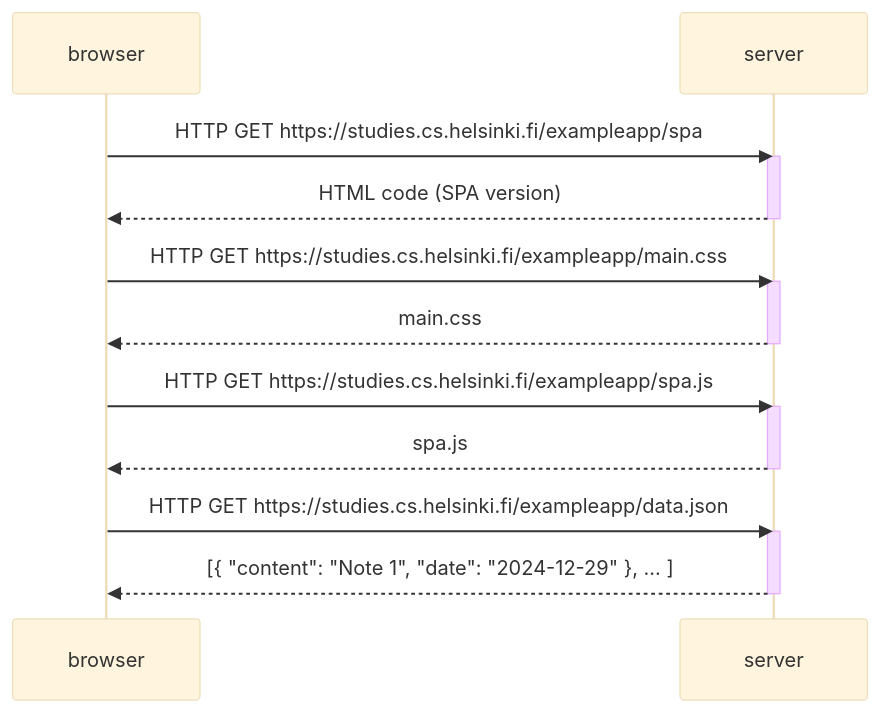
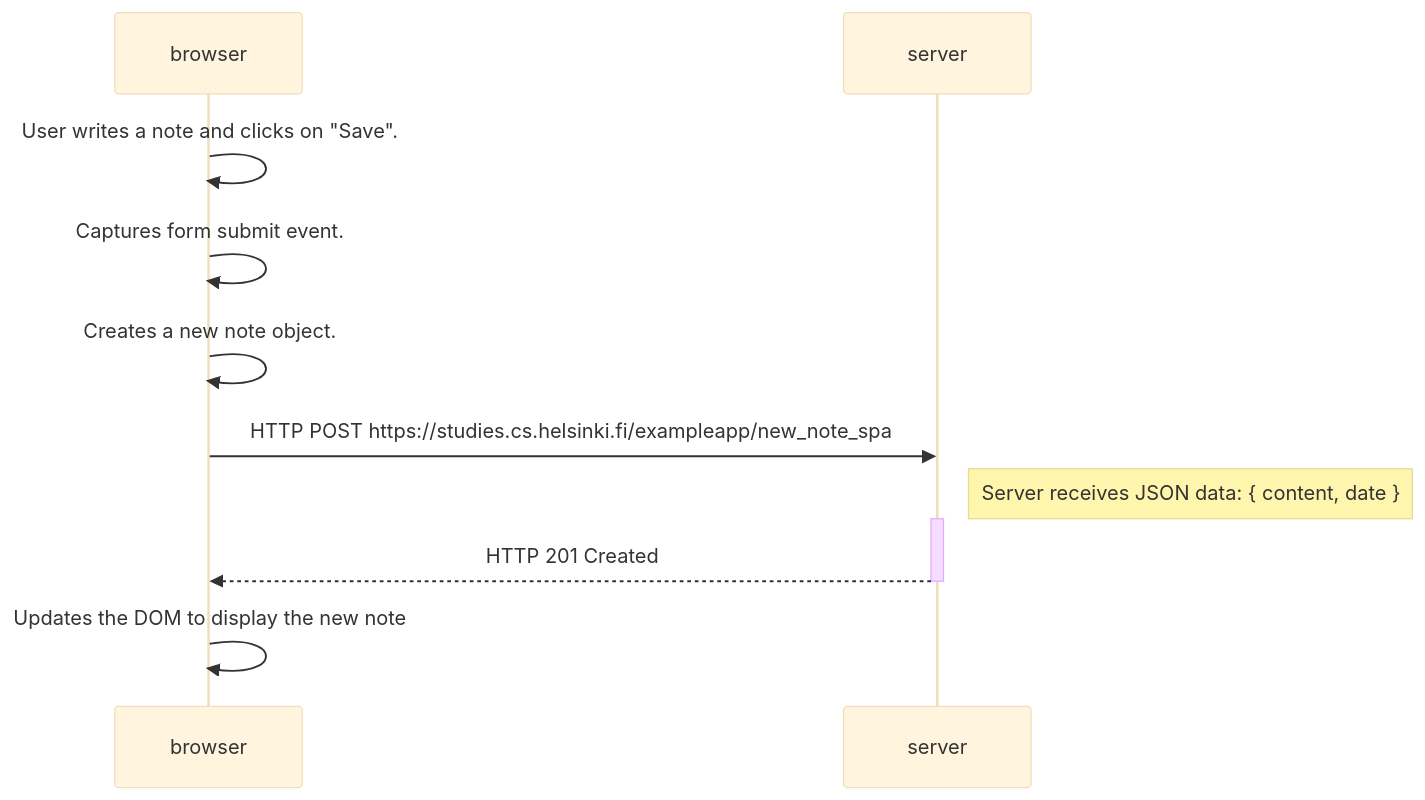
The diagram in part-0/exercise-06.md (Angel-Diaz-H/Full-stack-open), drawn with Mermaid (base theme) before and after one commit. The commit also changed 2 other files, not shown here.

Commit message:
Exercises part 0 complete

````diff
--- a/part-0/exercise-06.md
+++ b/part-0/exercise-06.md
@@ -1,25 +1,19 @@
 ```mermaid
 sequenceDiagram
     participant browser
     participant server
 
-    browser->>server: HTTP GET https://studies.cs.helsinki.fi/exampleapp/spa
+    browser->>browser: User writes a note and clicks on "Save".
+
+    browser->>browser: Captures form submit event.
+
+    browser->>browser: Creates a new note object.
+
+    browser->>server: HTTP POST https://studies.cs.helsinki.fi/exampleapp/new_note_spa
+    Note right of server: Server receives JSON data: { content, date }
     activate server
-    server-->>browser: HTML code (SPA version)
+    server-->>browser: HTTP 201 Created
     deactivate server
 
-    browser->>server: HTTP GET https://studies.cs.helsinki.fi/exampleapp/main.css
-    activate server
-    server-->>browser: main.css
-    deactivate server
-
-    browser->>server: HTTP GET https://studies.cs.helsinki.fi/exampleapp/spa.js
-    activate server
-    server-->>browser: spa.js
-    deactivate server
-
-    browser->>server: HTTP GET https://studies.cs.helsinki.fi/exampleapp/data.json
-    activate server
-    server-->>browser: [{ "content": "Note 1", "date": "2024-12-29" }, ... ]
-    deactivate server
+    browser->>browser: Updates the DOM to display the new note
 ```
````
